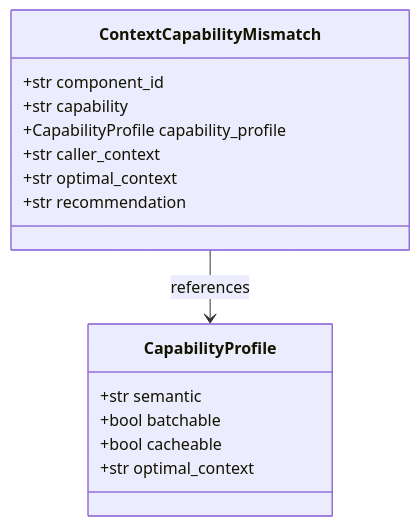
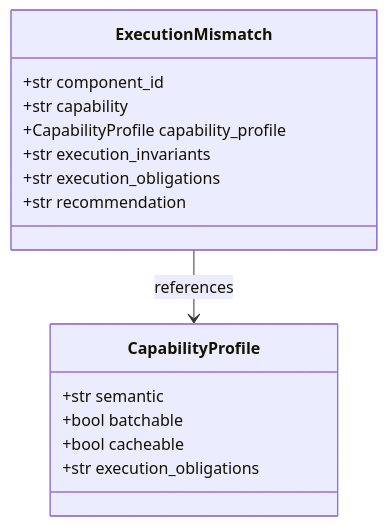
The first of 19 diagrams in .tasks/plans/algorithm enhancer/feedback.md (nestharus/ai-workflow), drawn with Mermaid before and after one commit. The commit also changed other lines of this file and 14 other files, not shown here.

````diff
--- a/.tasks/plans/algorithm enhancer/feedback.md
+++ b/.tasks/plans/algorithm enhancer/feedback.md
@@ -32,20 +37,20 @@
 ```mermaid
 classDiagram
-    class ContextCapabilityMismatch {
+    class ExecutionMismatch {
         +str component_id
         +str capability
         +CapabilityProfile capability_profile
-        +str caller_context
-        +str optimal_context
+        +str execution_invariants
+        +str execution_obligations
         +str recommendation
     }
 
     class CapabilityProfile {
         +str semantic
         +bool batchable
         +bool cacheable
-        +str optimal_context
+        +str execution_obligations
     }
 
-    ContextCapabilityMismatch --> CapabilityProfile : references
+    ExecutionMismatch --> CapabilityProfile : references
 ```
````
